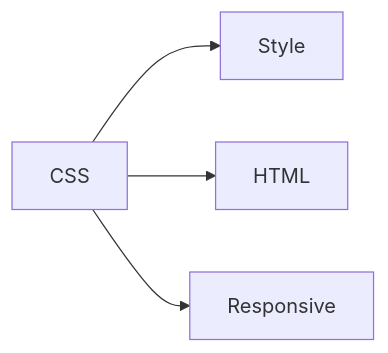
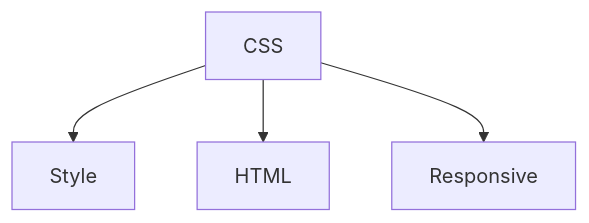
The eighth of 41 diagrams in docs/glossaire/developpement-web.md (zyrass/omnydocs), drawn with Mermaid before and after one commit. The commit also changed other lines of this file and 1780 other files, not shown here.

````diff
--- a/docs/glossaire/developpement-web.md
+++ b/docs/glossaire/developpement-web.md
@@ -163,6 +197,6 @@
-    ```mermaid
-    graph LR
-        A[CSS] --> B[Style]
-        A --> C[HTML]
-        A --> D[Responsive]
-    ```
+```mermaid
+graph TB
+    A[CSS] --> B[Style]
+    A --> C[HTML]
+    A --> D[Responsive]
+```
````
